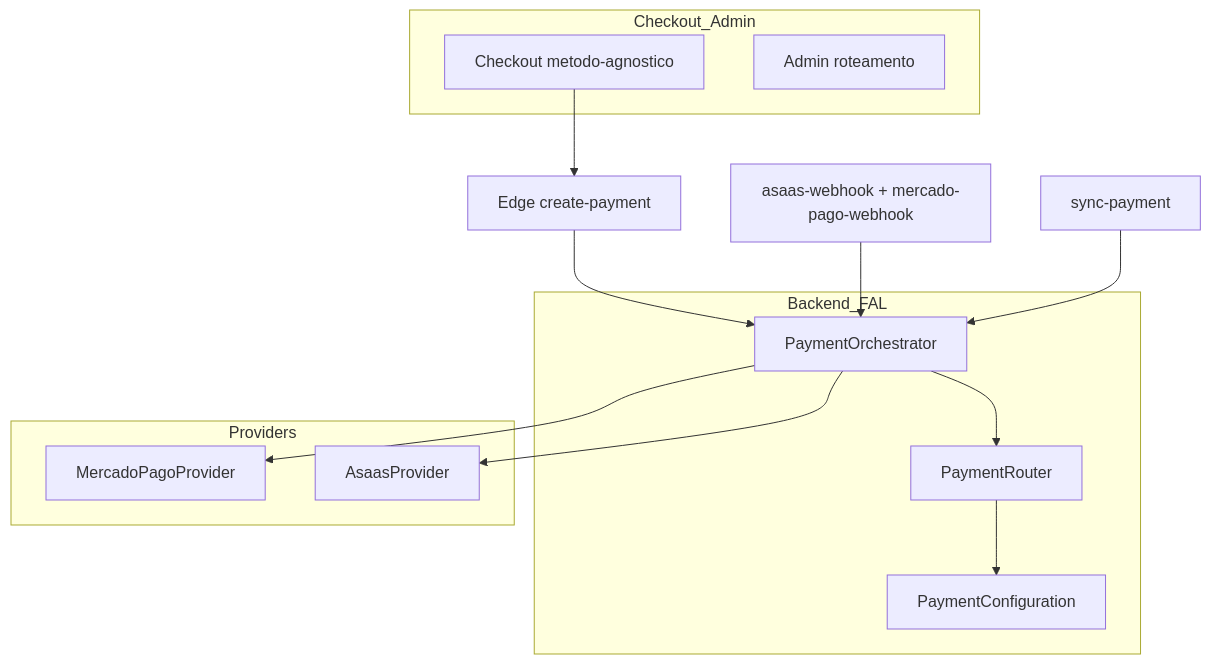
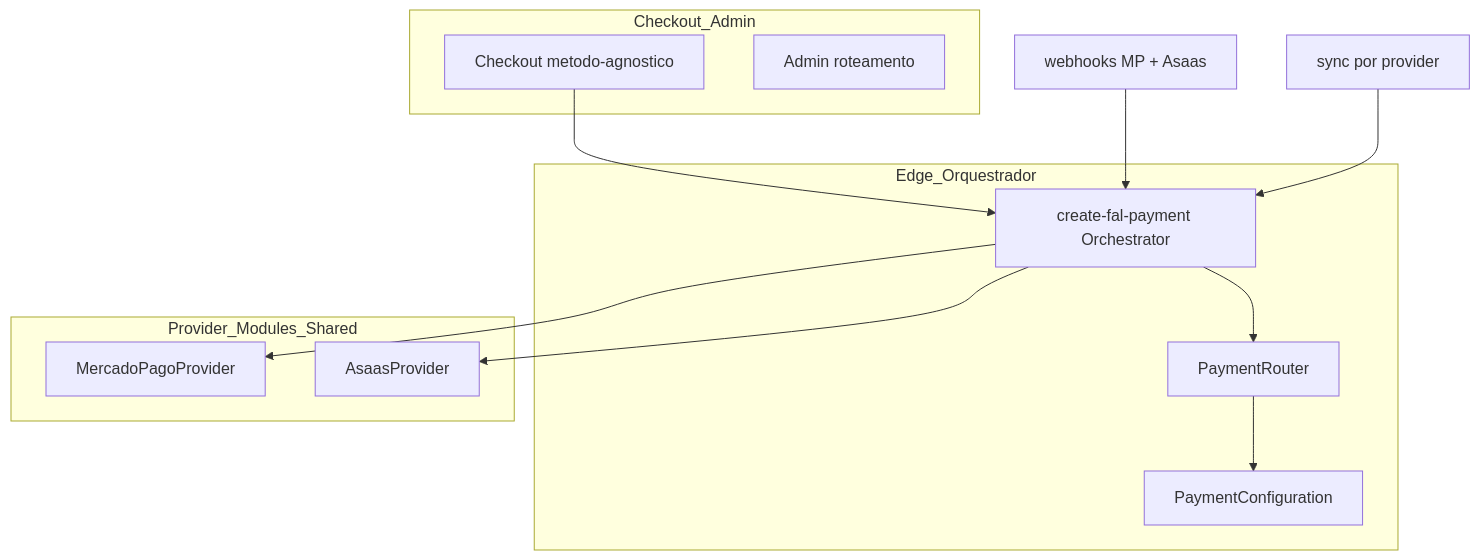
The second of 2 diagrams in docs/planejamento/FAL_PAY_ARQUITETURA_HIBRIDA_ASAAS_MERCADO_PAGO.md (efe777-creator/FAL-PECAS-AUTOMOTIVAS), drawn with Mermaid before and after one commit. The commit also changed other lines of this file and 52 other files, not shown here.

Commit message:
feat(pay): Asaas cartão embutido, condição % vitrine e Edges P0 (A+B)

````diff
--- a/docs/planejamento/FAL_PAY_ARQUITETURA_HIBRIDA_ASAAS_MERCADO_PAGO.md
+++ b/docs/planejamento/FAL_PAY_ARQUITETURA_HIBRIDA_ASAAS_MERCADO_PAGO.md
@@ -261,24 +406,23 @@
 ```mermaid
 flowchart TB
   subgraph fe [Checkout_Admin]
     CH[Checkout metodo-agnostico]
     ADM[Admin roteamento]
   end
-  subgraph core [Backend_FAL]
-    ORCH[PaymentOrchestrator]
+  subgraph edge [Edge_Orquestrador]
+    ORCH[create-fal-payment Orchestrator]
     ROUTER[PaymentRouter]
     CFG[PaymentConfiguration]
   end
-  subgraph providers [Providers]
+  subgraph providers [Provider_Modules_Shared]
     MP[MercadoPagoProvider]
     ASA[AsaasProvider]
   end
-  CH --> CreatePay[Edge create-payment]
-  CreatePay --> ORCH
+  CH --> ORCH
   ORCH --> ROUTER
   ROUTER --> CFG
   ORCH --> MP
   ORCH --> ASA
-  WH[asaas-webhook + mercado-pago-webhook] --> ORCH
-  SyncPay[sync-payment] --> ORCH
+  WH[webhooks MP + Asaas] --> ORCH
+  Sync[sync por provider] --> ORCH
 ```
````
